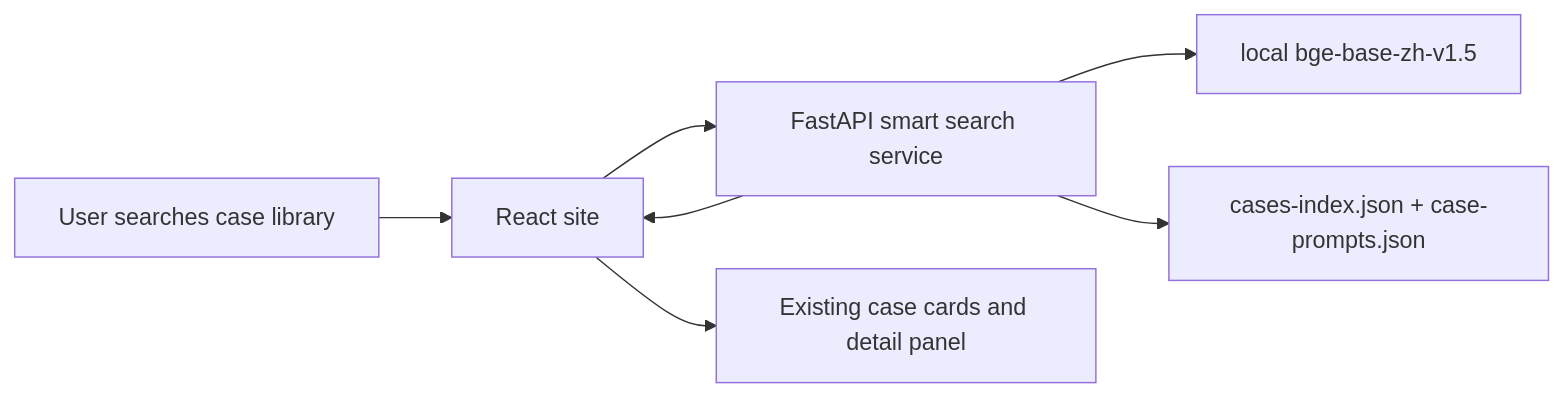
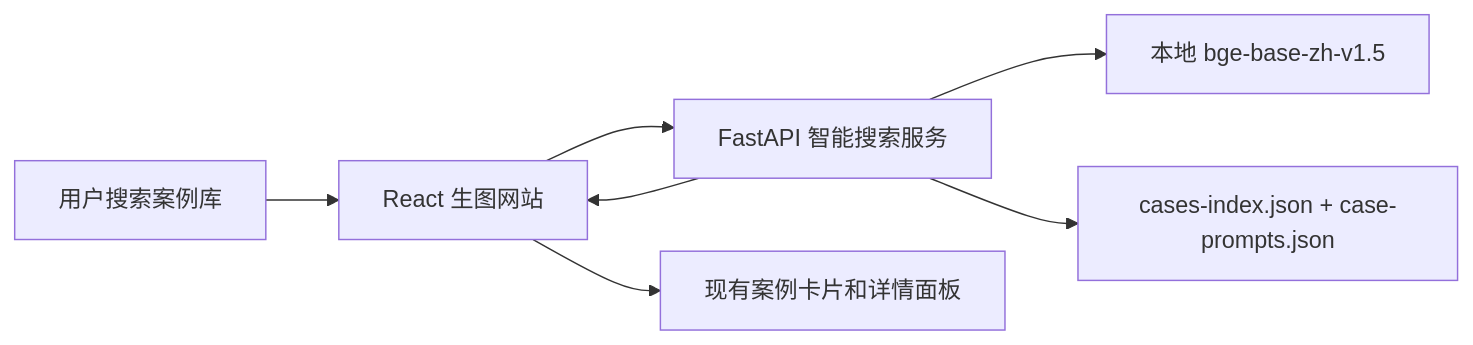
One commit to CTctikki/custom-image-generator-web changed the diagram in docs/superpowers/specs/2026-05-27-smart-case-search-design.md. Above: the diagram before and after it, drawn with Mermaid. The commit also changed other lines of this file, not shown here.

Commit message:
docs: translate smart case search spec

````diff
--- a/docs/superpowers/specs/2026-05-27-smart-case-search-design.md
+++ b/docs/superpowers/specs/2026-05-27-smart-case-search-design.md
@@ -32,9 +32,9 @@
 ```mermaid
 flowchart LR
-  User["User searches case library"] --> Web["React site"]
-  Web --> SearchApi["FastAPI smart search service"]
-  SearchApi --> BGE["local bge-base-zh-v1.5"]
+  User["用户搜索案例库"] --> Web["React 生图网站"]
+  Web --> SearchApi["FastAPI 智能搜索服务"]
+  SearchApi --> BGE["本地 bge-base-zh-v1.5"]
   SearchApi --> Data["cases-index.json + case-prompts.json"]
   SearchApi --> Web
-  Web --> Cards["Existing case cards and detail panel"]
+  Web --> Cards["现有案例卡片和详情面板"]
 ```
````
